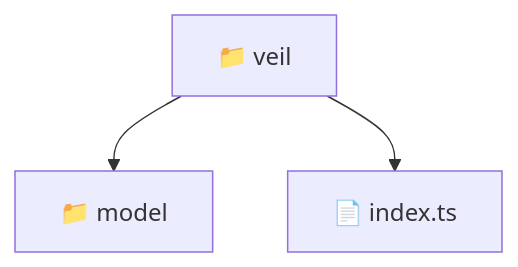
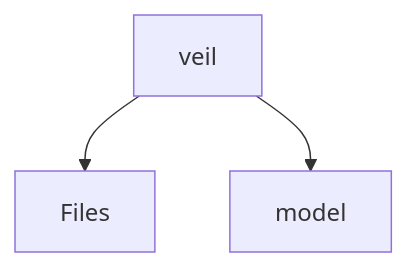
Before and after one commit to beginwebdev2002/fullstack-mavluda: the diagram in frontend/src/features/veil/README.md, drawn with Mermaid. The commit also changed other lines of this file and 163 other files, not shown here.

First line of the commit message:
feat: autogenerate localized directory readmes for architectural transparency

````diff
--- a/frontend/src/features/veil/README.md
+++ b/frontend/src/features/veil/README.md
@@ -11,6 +12,5 @@
 ```mermaid
 graph TD
-  Root["📁 veil"]
-  Root --> model["📁 model"]
-  Root --> index_ts["📄 index.ts"]
+    veil[veil] --> Files
+    veil --> model[model]
 ```
````
